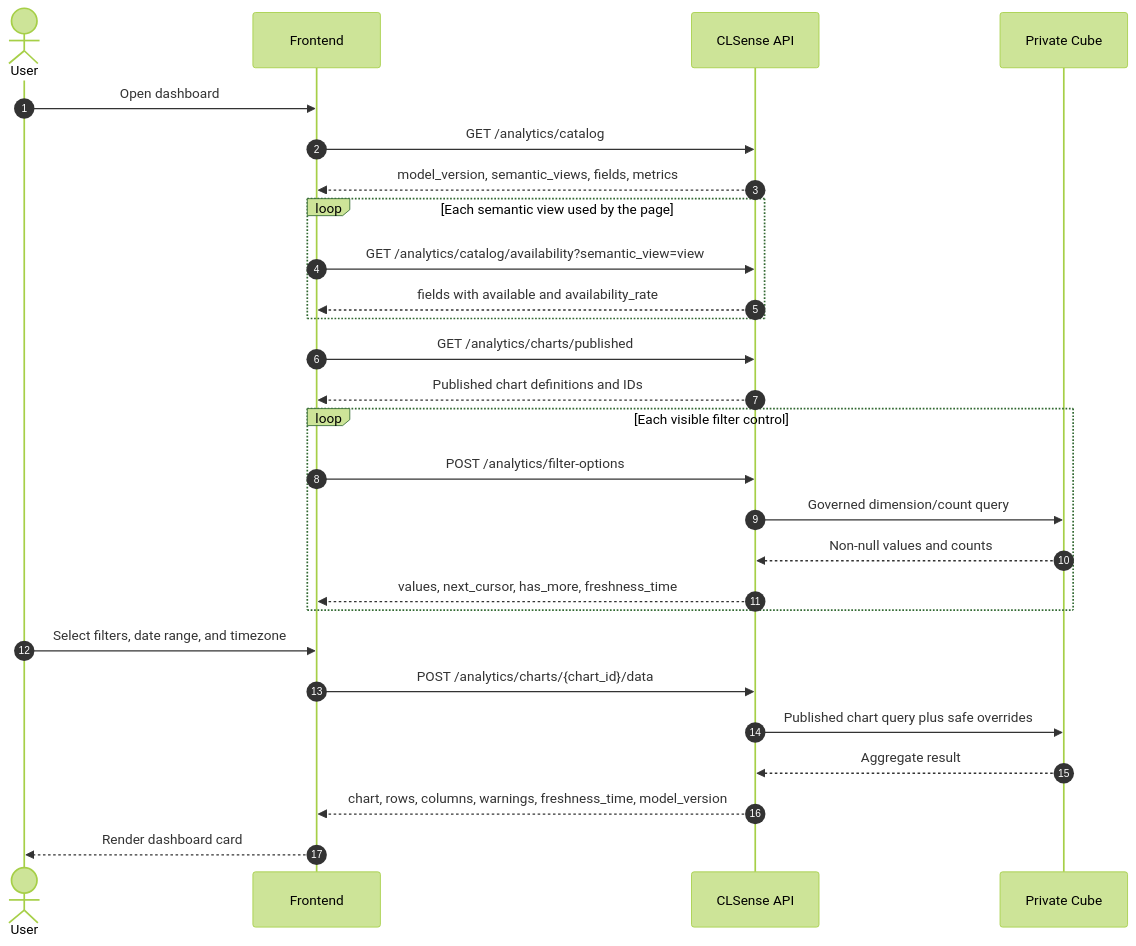
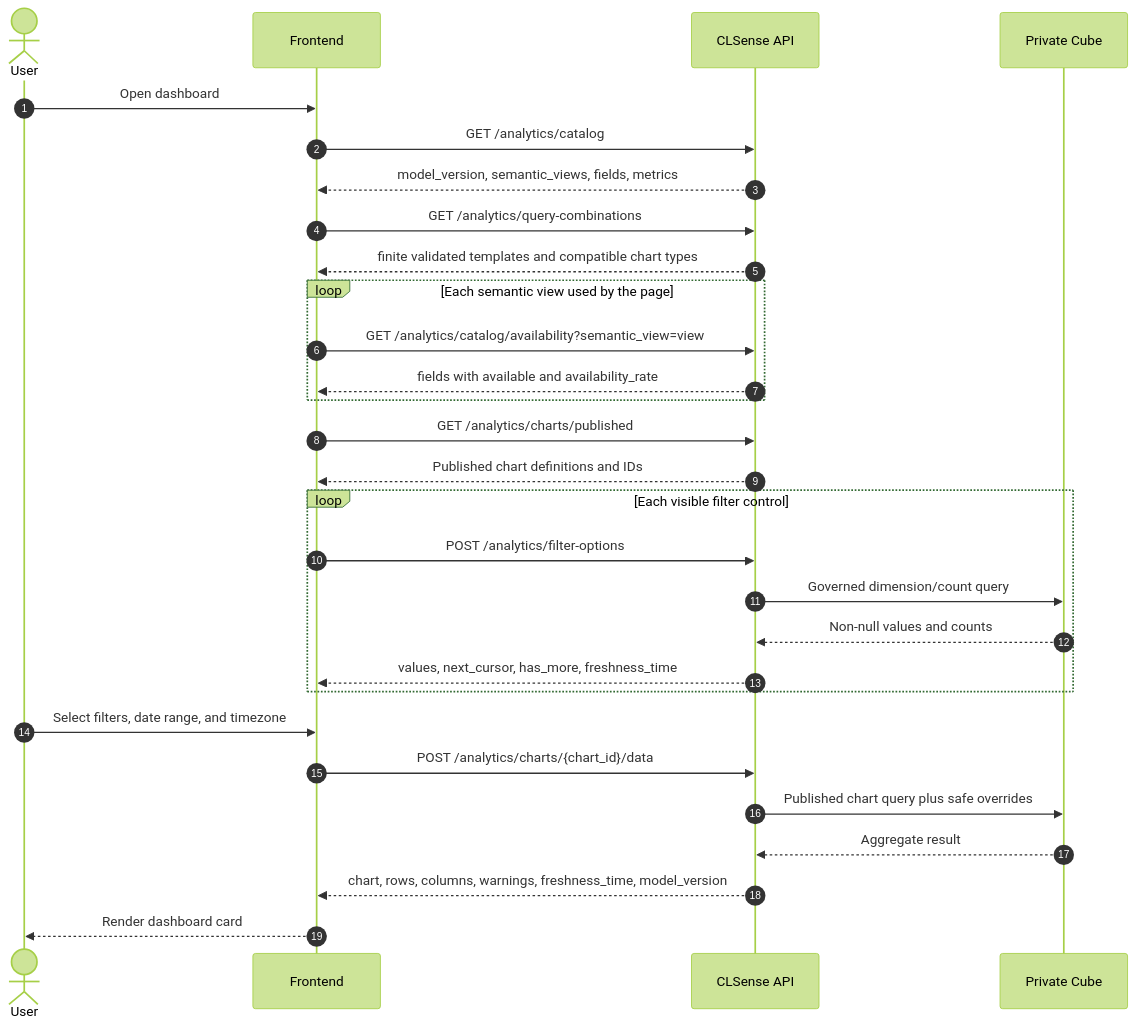
Before and after one commit to jimmy0905/CLS-2-Backend: the second of 2 diagrams in docs/FRONTEND_DASHBOARD_ANALYTICS_WORKFLOW.md, drawn with Mermaid (forest theme). The commit also changed other lines of this file and 19 other files, not shown here.

````diff
--- a/docs/FRONTEND_DASHBOARD_ANALYTICS_WORKFLOW.md
+++ b/docs/FRONTEND_DASHBOARD_ANALYTICS_WORKFLOW.md
@@ -53,34 +56,36 @@
 ```mermaid
 sequenceDiagram
     autonumber
     actor User
     participant FE as Frontend
     participant API as CLSense API
     participant Cube as Private Cube
 
     User->>FE: Open dashboard
     FE->>API: GET /analytics/catalog
     API-->>FE: model_version, semantic_views, fields, metrics
+    FE->>API: GET /analytics/query-combinations
+    API-->>FE: finite validated templates and compatible chart types
 
     loop Each semantic view used by the page
         FE->>API: GET /analytics/catalog/availability?semantic_view=view
         API-->>FE: fields with available and availability_rate
     end
 
     FE->>API: GET /analytics/charts/published
     API-->>FE: Published chart definitions and IDs
 
     loop Each visible filter control
         FE->>API: POST /analytics/filter-options
         API->>Cube: Governed dimension/count query
         Cube-->>API: Non-null values and counts
         API-->>FE: values, next_cursor, has_more, freshness_time
     end
 
     User->>FE: Select filters, date range, and timezone
     FE->>API: POST /analytics/charts/{chart_id}/data
     API->>Cube: Published chart query plus safe overrides
     Cube-->>API: Aggregate result
     API-->>FE: chart, rows, columns, warnings, freshness_time, model_version
     FE-->>User: Render dashboard card
 ```
````
